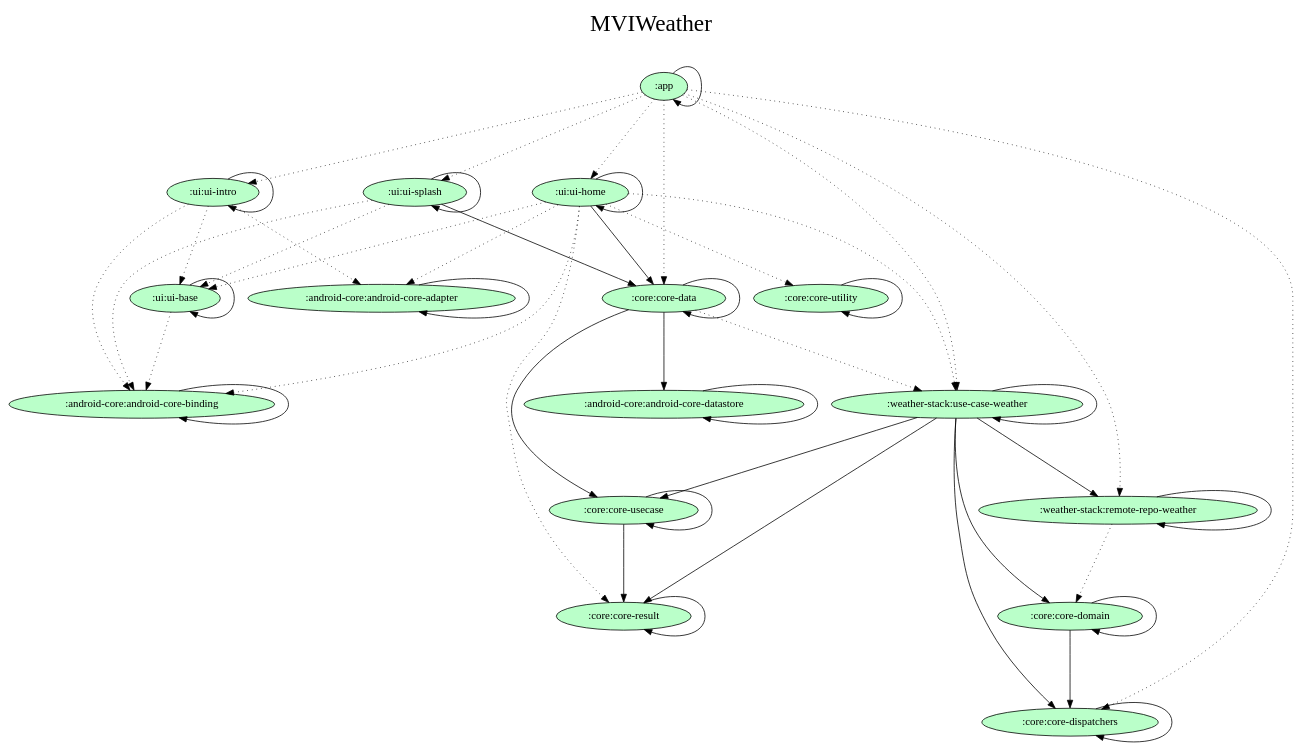
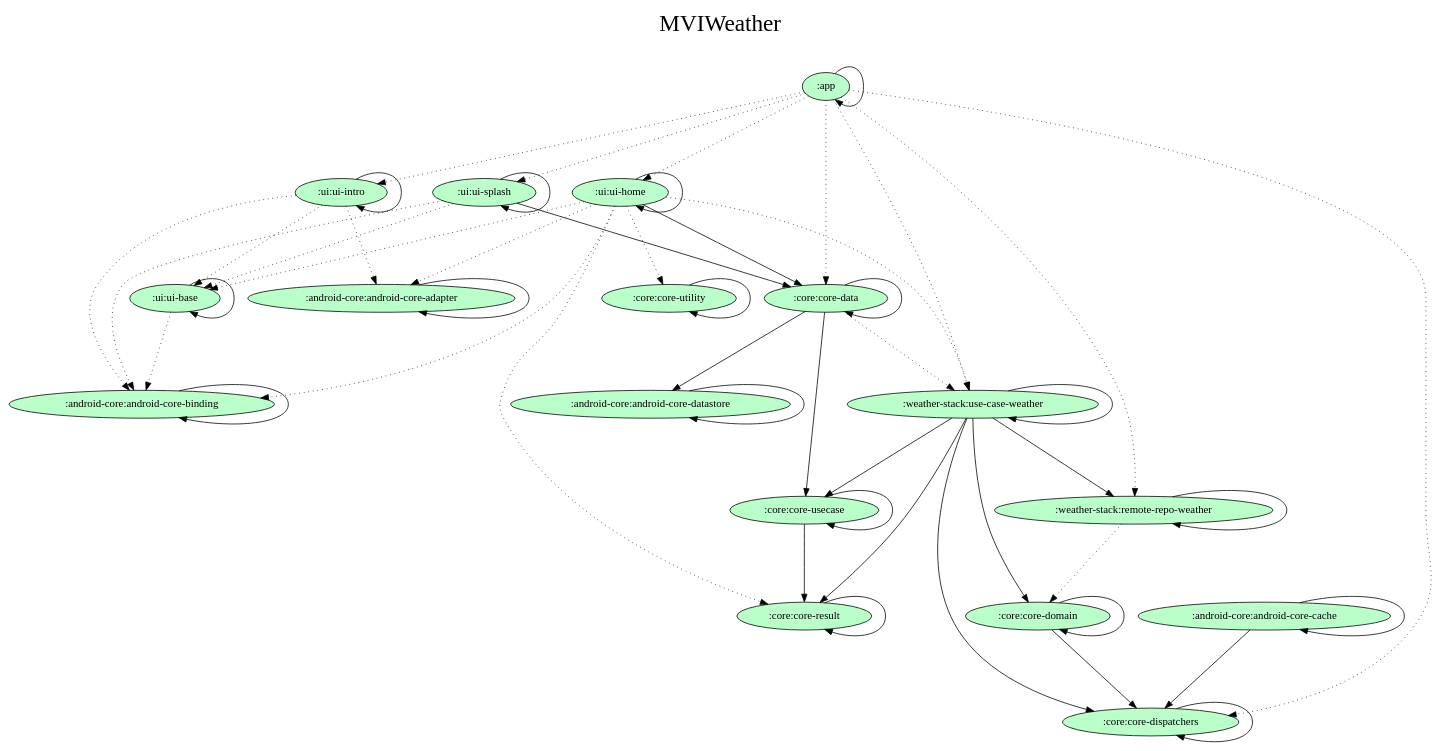
Before and after one commit to NXAN2901/mvi-coroutine: the diagram in gradle/dependency-graph/project.dot, drawn with Graphviz. The commit also changed 1 other file, not shown here.

Commit message:
Update dependency graph

```diff
--- a/gradle/dependency-graph/project.dot
+++ b/gradle/dependency-graph/project.dot
@@ -1,77 +1,80 @@
 digraph {
   graph [label="MVIWeather\n ",labelloc=t,fontsize=30,ranksep=1.4];
   node [style=filled, fillcolor="#bbbbbb"];
   rankdir=TB;
 
   # Projects
 
   ":android-core:android-core-adapter" [fillcolor="#baffc9"];
   ":android-core:android-core-binding" [fillcolor="#baffc9"];
+  ":android-core:android-core-cache" [fillcolor="#baffc9"];
   ":android-core:android-core-datastore" [fillcolor="#baffc9"];
   ":app" [fillcolor="#baffc9"];
   ":core:core-data" [fillcolor="#baffc9"];
   ":core:core-dispatchers" [fillcolor="#baffc9"];
   ":core:core-domain" [fillcolor="#baffc9"];
   ":core:core-result" [fillcolor="#baffc9"];
   ":core:core-usecase" [fillcolor="#baffc9"];
   ":core:core-utility" [fillcolor="#baffc9"];
   ":ui:ui-base" [fillcolor="#baffc9"];
   ":ui:ui-home" [fillcolor="#baffc9"];
   ":ui:ui-intro" [fillcolor="#baffc9"];
   ":ui:ui-splash" [fillcolor="#baffc9"];
   ":weather-stack:remote-repo-weather" [fillcolor="#baffc9"];
   ":weather-stack:use-case-weather" [fillcolor="#baffc9"];
 
   {rank = same;}
 
   # Dependencies
 
   ":app" -> ":app"
   ":app" -> ":ui:ui-splash" [style=dotted]
   ":app" -> ":ui:ui-intro" [style=dotted]
   ":app" -> ":ui:ui-home" [style=dotted]
   ":app" -> ":weather-stack:remote-repo-weather" [style=dotted]
   ":app" -> ":core:core-dispatchers" [style=dotted]
   ":app" -> ":core:core-data" [style=dotted]
   ":app" -> ":weather-stack:use-case-weather" [style=dotted]
   ":android-core:android-core-adapter" -> ":android-core:android-core-adapter"
   ":android-core:android-core-binding" -> ":android-core:android-core-binding"
+  ":android-core:android-core-cache" -> ":core:core-dispatchers"
+  ":android-core:android-core-cache" -> ":android-core:android-core-cache"
   ":android-core:android-core-datastore" -> ":android-core:android-core-datastore"
   ":core:core-data" -> ":android-core:android-core-datastore"
   ":core:core-data" -> ":core:core-usecase"
   ":core:core-data" -> ":core:core-data"
   ":core:core-data" -> ":weather-stack:use-case-weather" [style=dotted]
   ":core:core-dispatchers" -> ":core:core-dispatchers"
   ":core:core-domain" -> ":core:core-dispatchers"
   ":core:core-domain" -> ":core:core-domain"
   ":core:core-result" -> ":core:core-result"
   ":core:core-usecase" -> ":core:core-result"
   ":core:core-usecase" -> ":core:core-usecase"
   ":core:core-utility" -> ":core:core-utility"
   ":ui:ui-base" -> ":ui:ui-base"
   ":ui:ui-base" -> ":android-core:android-core-binding" [style=dotted]
   ":ui:ui-home" -> ":core:core-data"
   ":ui:ui-home" -> ":ui:ui-home"
   ":ui:ui-home" -> ":ui:ui-base" [style=dotted]
   ":ui:ui-home" -> ":android-core:android-core-binding" [style=dotted]
   ":ui:ui-home" -> ":android-core:android-core-adapter" [style=dotted]
   ":ui:ui-home" -> ":weather-stack:use-case-weather" [style=dotted]
   ":ui:ui-home" -> ":core:core-result" [style=dotted]
   ":ui:ui-home" -> ":core:core-utility" [style=dotted]
   ":ui:ui-intro" -> ":ui:ui-intro"
   ":ui:ui-intro" -> ":ui:ui-base" [style=dotted]
   ":ui:ui-intro" -> ":android-core:android-core-binding" [style=dotted]
   ":ui:ui-intro" -> ":android-core:android-core-adapter" [style=dotted]
   ":ui:ui-splash" -> ":core:core-data"
   ":ui:ui-splash" -> ":ui:ui-splash"
   ":ui:ui-splash" -> ":ui:ui-base" [style=dotted]
   ":ui:ui-splash" -> ":android-core:android-core-binding" [style=dotted]
   ":weather-stack:remote-repo-weather" -> ":weather-stack:remote-repo-weather"
   ":weather-stack:remote-repo-weather" -> ":core:core-domain" [style=dotted]
   ":weather-stack:use-case-weather" -> ":core:core-domain"
   ":weather-stack:use-case-weather" -> ":core:core-dispatchers"
   ":weather-stack:use-case-weather" -> ":core:core-usecase"
   ":weather-stack:use-case-weather" -> ":core:core-result"
   ":weather-stack:use-case-weather" -> ":weather-stack:remote-repo-weather"
   ":weather-stack:use-case-weather" -> ":weather-stack:use-case-weather"
 }
```
